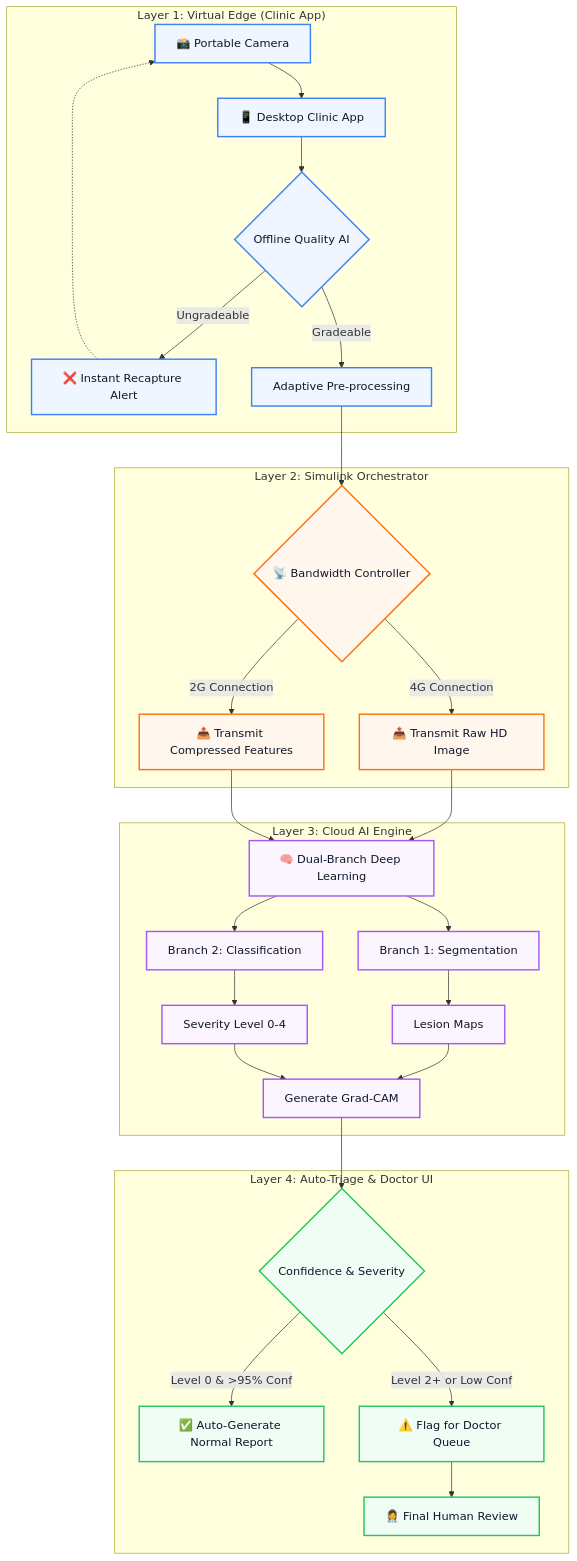
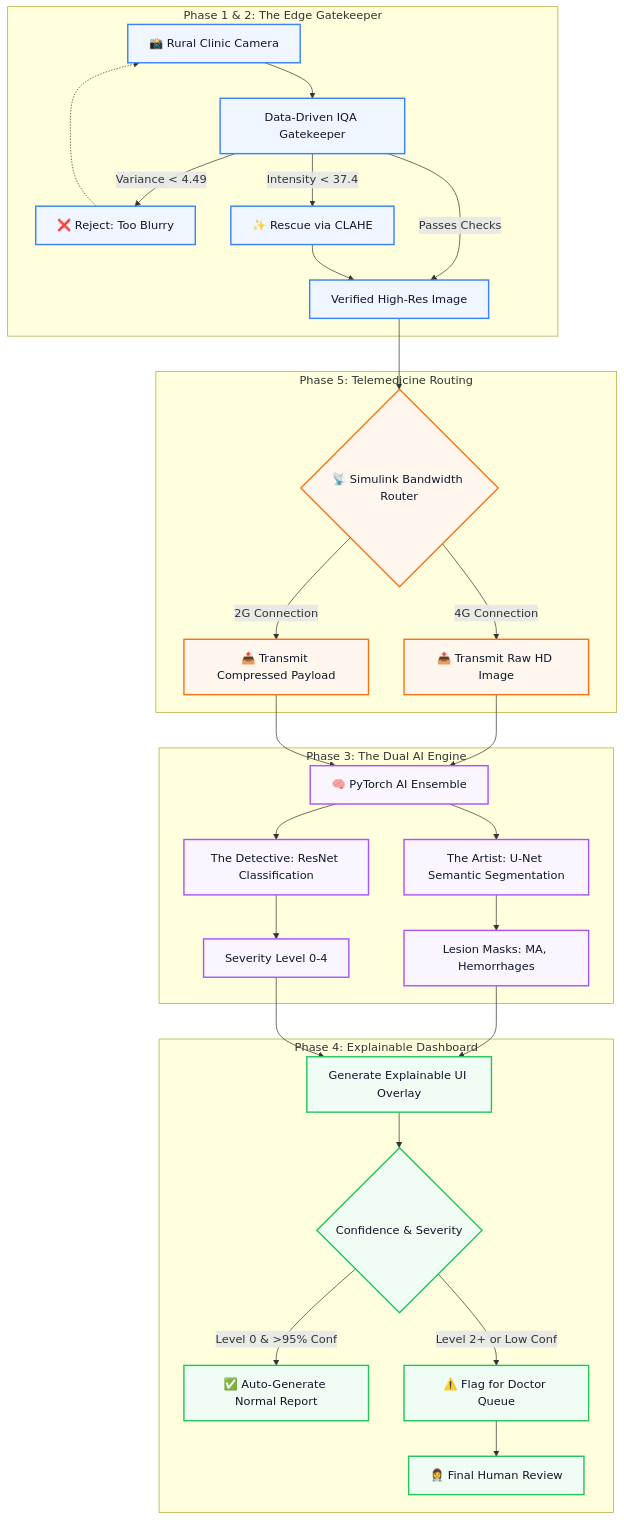
Before and after one commit to x2ankit/eDRis: the diagram in README.md, drawn with Mermaid. The commit also changed other lines of this file and 24 other files, not shown here.

Commit message:
chore: purge obsolete scripts and completely redesign architecture documentation

````diff
--- a/README.md
+++ b/README.md
@@ -30,44 +30,45 @@
 ```mermaid
 graph TD
     classDef edge fill:#eff6ff,stroke:#3b82f6,stroke-width:2px,color:#0f172a
     classDef network fill:#fff7ed,stroke:#f97316,stroke-width:2px,color:#0f172a
     classDef cloud fill:#faf5ff,stroke:#a855f7,stroke-width:2px,color:#0f172a
     classDef human fill:#f0fdf4,stroke:#22c55e,stroke-width:2px,color:#0f172a
 
-    subgraph "Layer 1: Virtual Edge (Clinic App)"
-        A[📸 Portable Camera] --> B[📱 Desktop Clinic App]
-        B --> C{Offline Quality AI}
-        C -->|Ungradeable| D[❌ Instant Recapture Alert]
-        D -.-> A
-        C -->|Gradeable| E[Adaptive Pre-processing]
+    subgraph "Phase 1 & 2: The Edge Gatekeeper"
+        A[📸 Rural Clinic Camera] --> B[Data-Driven IQA Gatekeeper]
+        B -->|Variance < 4.49| C[❌ Reject: Too Blurry]
+        C -.-> A
+        B -->|Intensity < 37.4| D[✨ Rescue via CLAHE]
+        B -->|Passes Checks| E[Verified High-Res Image]
+        D --> E
     end
 
-    subgraph "Layer 2: Simulink Orchestrator"
-        E --> G{📡 Bandwidth Controller}
+    subgraph "Phase 5: Telemedicine Routing"
+        E --> G{📡 Simulink Bandwidth Router}
         G -->|4G Connection| H[📤 Transmit Raw HD Image]
-        G -->|2G Connection| I[📤 Transmit Compressed Features]
+        G -->|2G Connection| I[📤 Transmit Compressed Payload]
     end
 
-    subgraph "Layer 3: Cloud AI Engine"
-        H --> J[🧠 Dual-Branch Deep Learning]
+    subgraph "Phase 3: The Dual AI Engine"
+        H --> J[🧠 PyTorch AI Ensemble]
         I --> J
-        J --> K[Branch 1: Segmentation]
-        J --> L[Branch 2: Classification]
-        K --> M[Lesion Maps]
+        J --> K[The Artist: U-Net Semantic Segmentation]
+        J --> L[The Detective: ResNet Classification]
+        K --> M[Lesion Masks: MA, Hemorrhages]
         L --> N[Severity Level 0-4]
-        M --> O[Generate Grad-CAM]
-        N --> O
     end
 
-    subgraph "Layer 4: Auto-Triage & Doctor UI"
+    subgraph "Phase 4: Explainable Dashboard"
+        M --> O[Generate Explainable UI Overlay]
+        N --> O
         O --> Q{Confidence & Severity}
         Q -->|Level 0 & >95% Conf| R[✅ Auto-Generate Normal Report]
         Q -->|Level 2+ or Low Conf| S[⚠️ Flag for Doctor Queue]
         S --> T[👩‍⚕️ Final Human Review]
     end
 
     class A,B,C,D,E edge
     class G,H,I network
-    class J,K,L,M,N,O cloud
-    class Q,R,S,T human
+    class J,K,L,M,N cloud
+    class O,Q,R,S,T human
 ```
````
